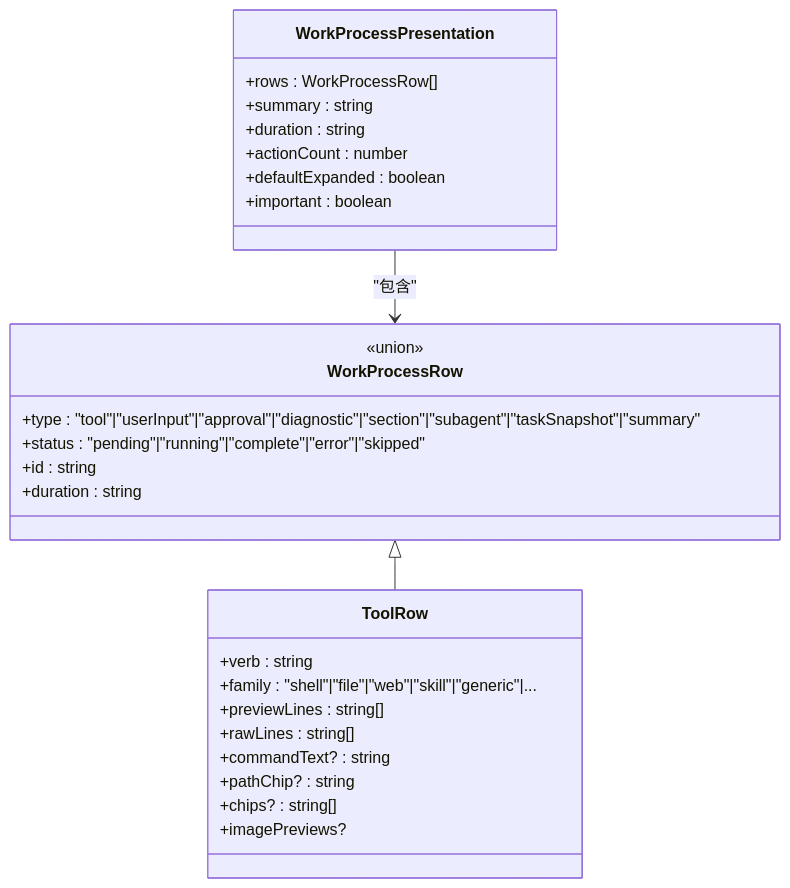
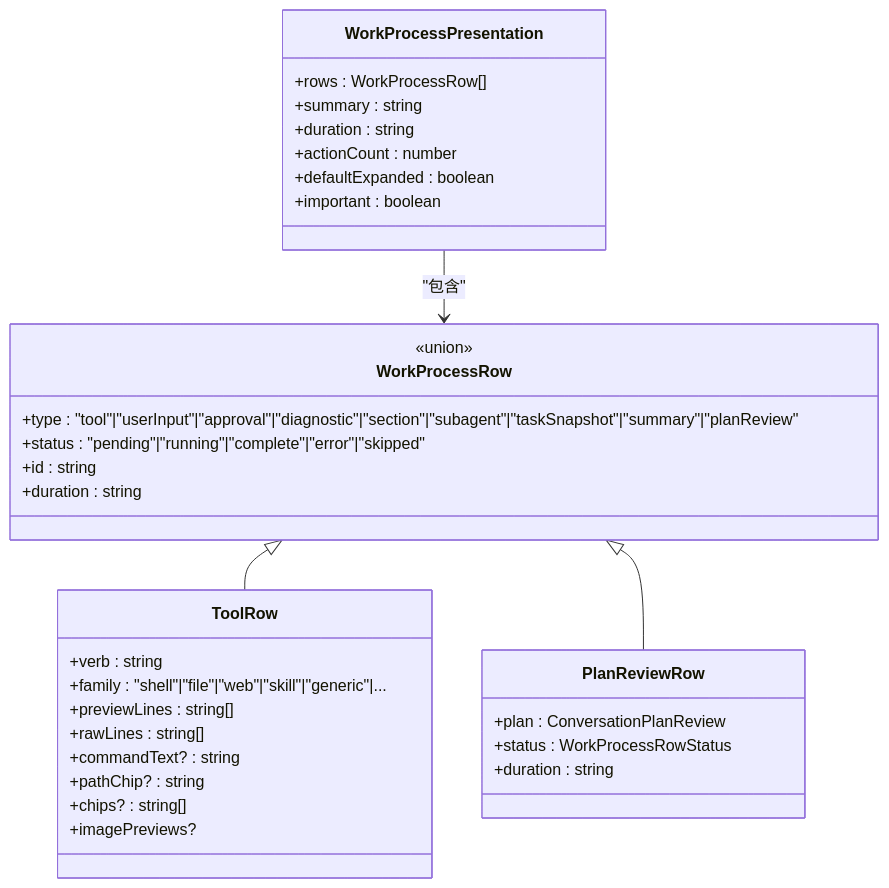
Before and after one commit to haolange/RDC-Agent: the fifth of 7 diagrams in .qoder/repowiki/zh/content/用户界面/调试视图.md, drawn with Mermaid. The commit also changed other lines of this file and 208 other files, not shown here.

````diff
--- a/.qoder/repowiki/zh/content/用户界面/调试视图.md
+++ b/.qoder/repowiki/zh/content/用户界面/调试视图.md
@@ -193,30 +216,36 @@
 ```mermaid
 classDiagram
 class WorkProcessPresentation {
 +rows : WorkProcessRow[]
 +summary : string
 +duration : string
 +actionCount : number
 +defaultExpanded : boolean
 +important : boolean
 }
 class WorkProcessRow {
 <<union>>
-+type : "tool"|"userInput"|"approval"|"diagnostic"|"section"|"subagent"|"taskSnapshot"|"summary"
++type : "tool"|"userInput"|"approval"|"diagnostic"|"section"|"subagent"|"taskSnapshot"|"summary"|"planReview"
 +status : "pending"|"running"|"complete"|"error"|"skipped"
 +id : string
 +duration : string
 }
 class ToolRow {
 +verb : string
 +family : "shell"|"file"|"web"|"skill"|"generic"|...
 +previewLines : string[]
 +rawLines : string[]
 +commandText? : string
 +pathChip? : string
 +chips? : string[]
 +imagePreviews?
 }
+class PlanReviewRow {
++plan : ConversationPlanReview
++status : WorkProcessRowStatus
++duration : string
+}
 WorkProcessPresentation --> WorkProcessRow : "包含"
 WorkProcessRow <|-- ToolRow
+WorkProcessRow <|-- PlanReviewRow
 ```
````
